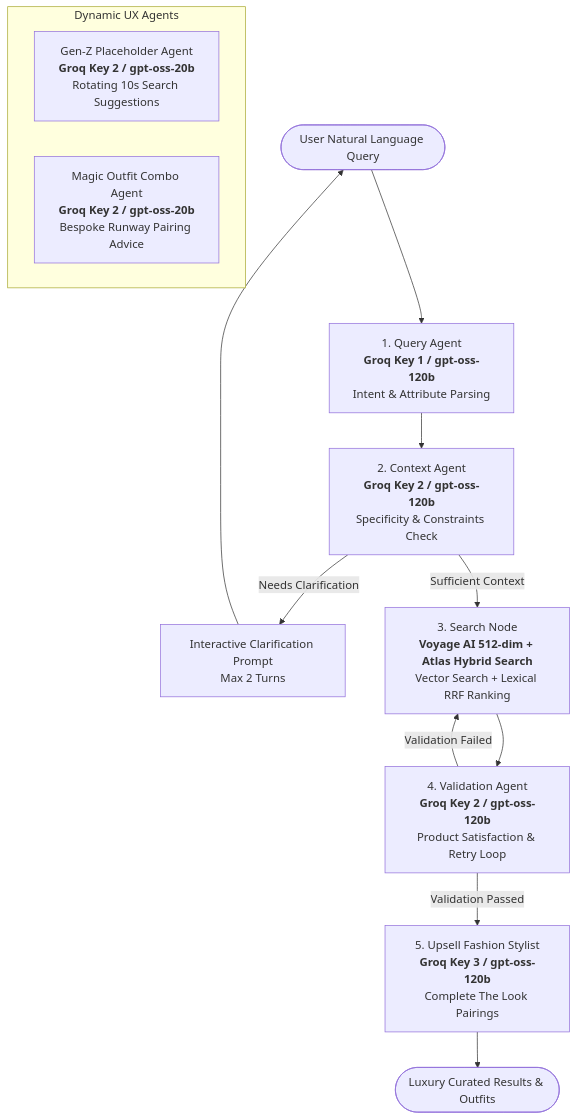
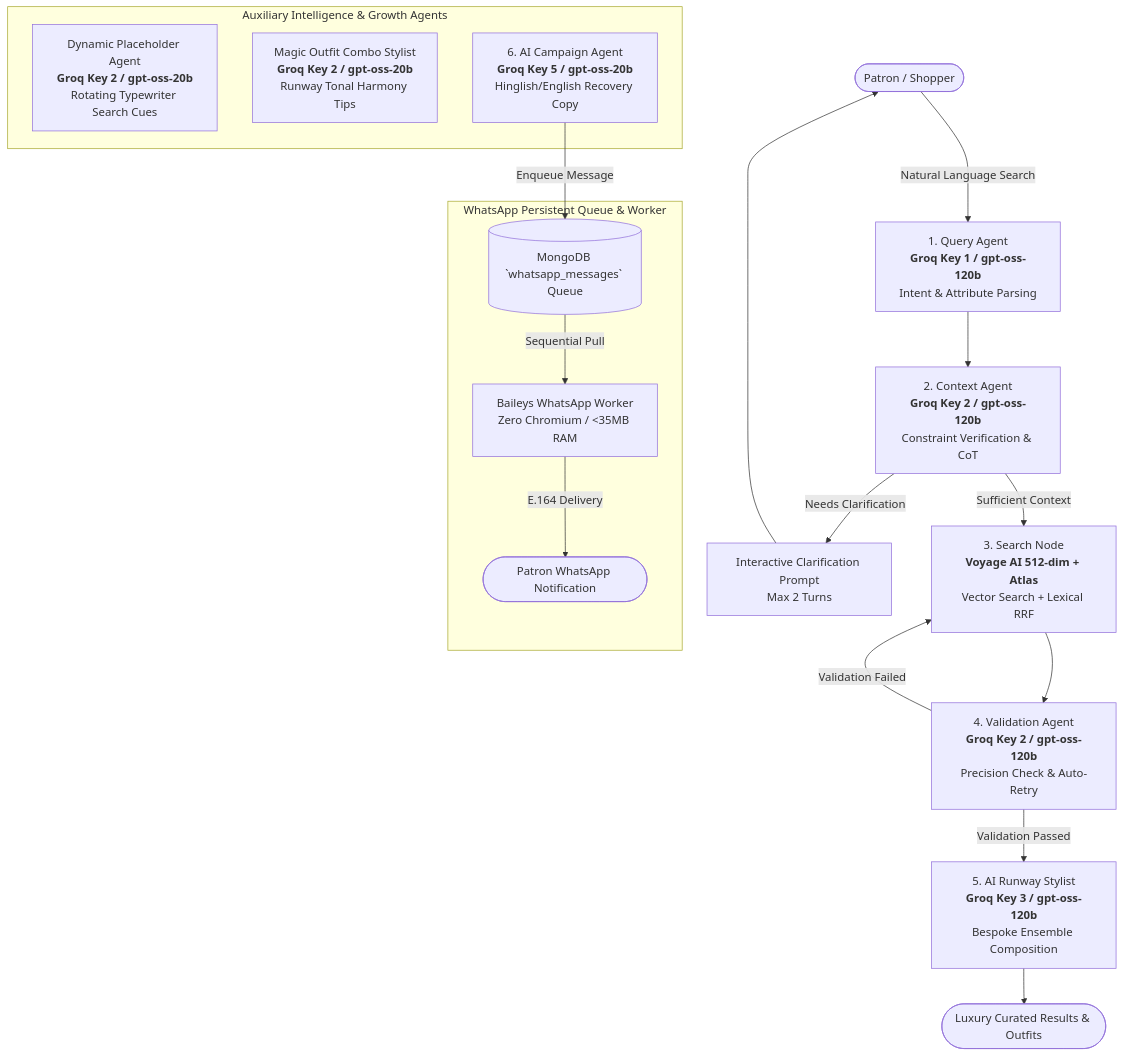
Before and after one commit to ChaitanyaJhindal/AI-Growth-Agentic-Commerce-: the diagram in README.md, drawn with Mermaid. The commit also changed other lines of this file, not shown here.

Commit message:
docs: Enhance README.md with professional architecture, API reference, and live links

````diff
--- a/README.md
+++ b/README.md
@@ -26,21 +30,28 @@
 ```mermaid
 flowchart TD
-    User([User Natural Language Query]) --> Q[1. Query Agent<br/><b>Groq Key 1 / gpt-oss-120b</b><br/>Intent & Attribute Parsing]
-    Q --> C[2. Context Agent<br/><b>Groq Key 2 / gpt-oss-120b</b><br/>Specificity & Constraints Check]
+    User([Patron / Shopper]) -->|Natural Language Search| Q[1. Query Agent<br/><b>Groq Key 1 / gpt-oss-120b</b><br/>Intent & Attribute Parsing]
+    Q --> C[2. Context Agent<br/><b>Groq Key 2 / gpt-oss-120b</b><br/>Constraint Verification & CoT]
     
     C -->|Needs Clarification| Clarify[Interactive Clarification Prompt<br/>Max 2 Turns]
     Clarify --> User
     
-    C -->|Sufficient Context| S[3. Search Node<br/><b>Voyage AI 512-dim + Atlas Hybrid Search</b><br/>Vector Search + Lexical RRF Ranking]
-    S --> V[4. Validation Agent<br/><b>Groq Key 2 / gpt-oss-120b</b><br/>Product Satisfaction & Retry Loop]
+    C -->|Sufficient Context| S[3. Search Node<br/><b>Voyage AI 512-dim + Atlas</b><br/>Vector Search + Lexical RRF]
+    S --> V[4. Validation Agent<br/><b>Groq Key 2 / gpt-oss-120b</b><br/>Precision Check & Auto-Retry]
     
     V -->|Validation Failed| S
-    V -->|Validation Passed| U[5. Upsell Fashion Stylist<br/><b>Groq Key 3 / gpt-oss-120b</b><br/>Complete The Look Pairings]
+    V -->|Validation Passed| U[5. AI Runway Stylist<br/><b>Groq Key 3 / gpt-oss-120b</b><br/>Bespoke Ensemble Composition]
     
     U --> Res([Luxury Curated Results & Outfits])
-    
-    subgraph "Dynamic UX Agents"
-        P1[Gen-Z Placeholder Agent<br/><b>Groq Key 2 / gpt-oss-20b</b><br/>Rotating 10s Search Suggestions]
-        P2[Magic Outfit Combo Agent<br/><b>Groq Key 2 / gpt-oss-20b</b><br/>Bespoke Runway Pairing Advice]
+
+    subgraph "Auxiliary Intelligence & Growth Agents"
+        P[Dynamic Placeholder Agent<br/><b>Groq Key 2 / gpt-oss-20b</b><br/>Rotating Typewriter Search Cues]
+        M[Magic Outfit Combo Stylist<br/><b>Groq Key 2 / gpt-oss-20b</b><br/>Runway Tonal Harmony Tips]
+        CA[6. AI Campaign Agent<br/><b>Groq Key 5 / gpt-oss-20b</b><br/>Hinglish/English Recovery Copy]
+    end
+
+    subgraph "WhatsApp Persistent Queue & Worker"
+        CA -->|Enqueue Message| WQ[(MongoDB `whatsapp_messages` Queue)]
+        WQ -->|Sequential Pull| WW[Baileys WhatsApp Worker<br/>Zero Chromium / <35MB RAM]
+        WW -->|E.164 Delivery| WA([Patron WhatsApp Notification])
     end
 ```
````
